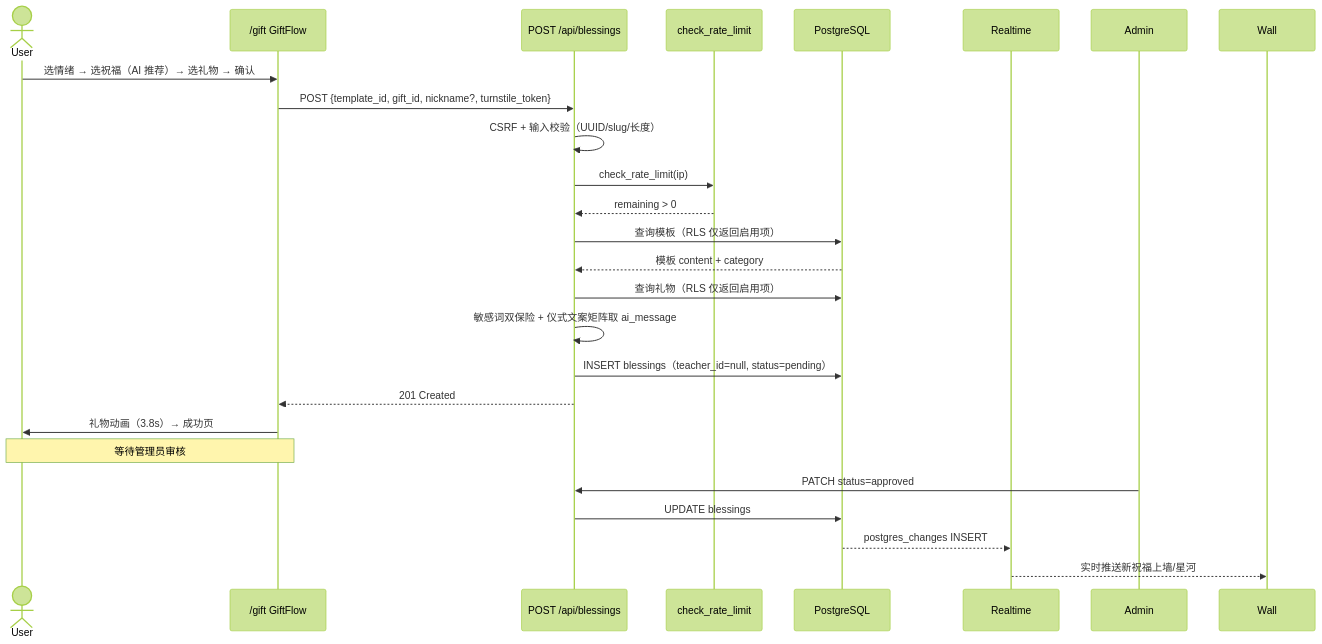
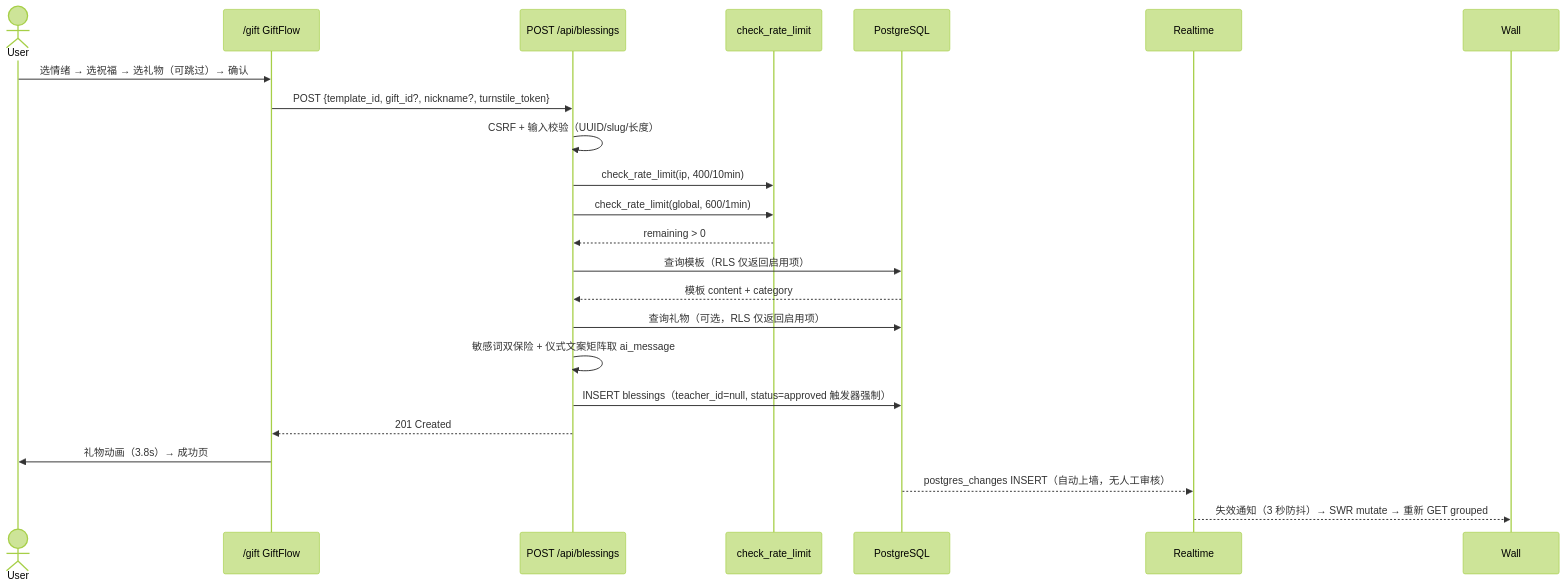
Before and after one commit to shh32010/Teacher-wishes: the third of 5 diagrams in docs/ARCHITECTURE.md, drawn with Mermaid (forest theme). The commit also changed other lines of this file and 5 other files, not shown here.

Commit message:
chore: 上线前收敛 — 版本统一 v2.0.0（package/README/架构文档去 RC）、README 环境变量全量清单+安全红线、Wall 一致性模型定稿（API 为唯一真相）、活动结束数据清理脚本（IP 不留存原则）

````diff
--- a/docs/ARCHITECTURE.md
+++ b/docs/ARCHITECTURE.md
@@ -272,27 +272,25 @@
 ```mermaid
 sequenceDiagram
     actor User
     participant Flow as /gift GiftFlow
     participant API as POST /api/blessings
     participant RPC as check_rate_limit
     participant DB as PostgreSQL
     participant RT as Realtime
 
-    User->>Flow: 选情绪 → 选祝福（AI 推荐）→ 选礼物 → 确认
-    Flow->>API: POST {template_id, gift_id, nickname?, turnstile_token}
+    User->>Flow: 选情绪 → 选祝福 → 选礼物（可跳过）→ 确认
+    Flow->>API: POST {template_id, gift_id?, nickname?, turnstile_token}
     API->>API: CSRF + 输入校验（UUID/slug/长度）
-    API->>RPC: check_rate_limit(ip)
+    API->>RPC: check_rate_limit(ip, 400/10min)
+    API->>RPC: check_rate_limit(global, 600/1min)
     RPC-->>API: remaining > 0
     API->>DB: 查询模板（RLS 仅返回启用项）
     DB-->>API: 模板 content + category
-    API->>DB: 查询礼物（RLS 仅返回启用项）
+    API->>DB: 查询礼物（可选，RLS 仅返回启用项）
     API->>API: 敏感词双保险 + 仪式文案矩阵取 ai_message
-    API->>DB: INSERT blessings（teacher_id=null, status=pending）
+    API->>DB: INSERT blessings（teacher_id=null, status=approved 触发器强制）
     API-->>Flow: 201 Created
     Flow->>User: 礼物动画（3.8s）→ 成功页
-    Note over User,Flow: 等待管理员审核
-    Admin->>API: PATCH status=approved
-    API->>DB: UPDATE blessings
-    DB-->>RT: postgres_changes INSERT
-    RT-->>Wall: 实时推送新祝福上墙/星河
+    DB-->>RT: postgres_changes INSERT（自动上墙，无人工审核）
+    RT-->>Wall: 失效通知（3 秒防抖）→ SWR mutate → 重新 GET grouped
 ```
````
